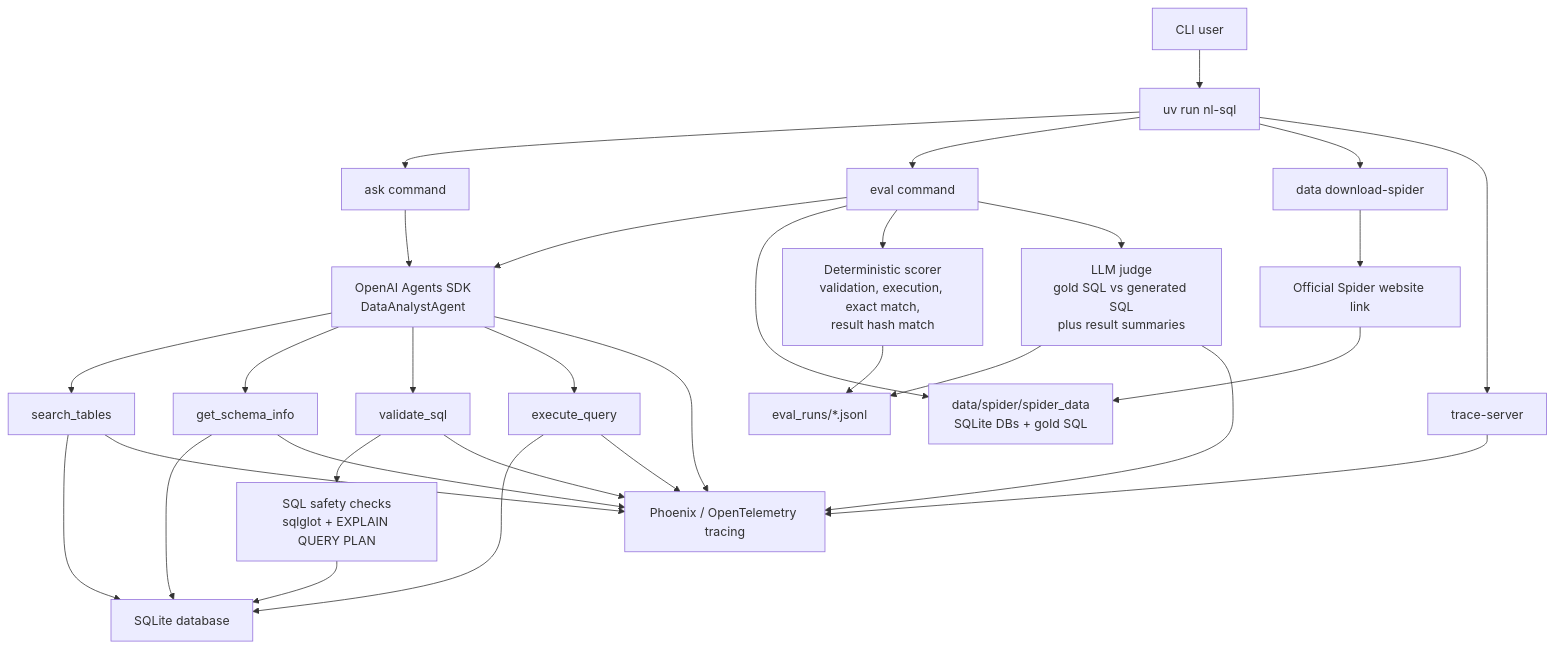
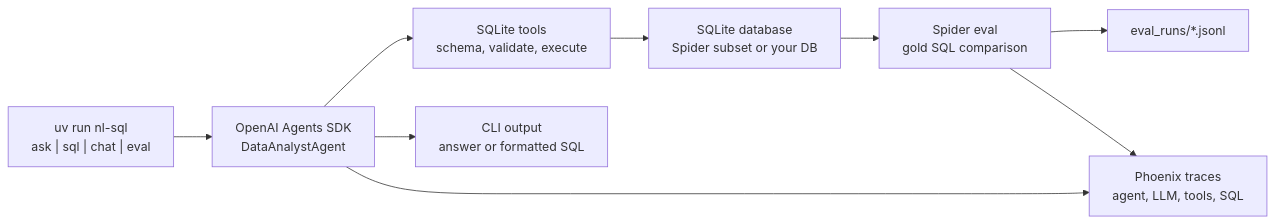
The first of 3 diagrams in README.md (nmadhire-agents/nl-sql-agent), drawn with Mermaid before and after one commit. The commit also changed other lines of this file, not shown here.

Commit message:
Improve README architecture docs

````diff
--- a/README.md
+++ b/README.md
@@ -21,40 +58,11 @@
 ```mermaid
-flowchart TD
-    User["CLI user"] --> CLI["uv run nl-sql"]
-
-    CLI --> Ask["ask command"]
-    CLI --> Eval["eval command"]
-    CLI --> Data["data download-spider"]
-    CLI --> TraceServer["trace-server"]
-
-    Data --> SpiderSite["Official Spider website link"]
-    SpiderSite --> SpiderData["data/spider/spider_data<br/>SQLite DBs + gold SQL"]
-
-    Ask --> Agent["OpenAI Agents SDK<br/>DataAnalystAgent"]
-    Eval --> Agent
-    Eval --> SpiderData
-
-    Agent --> SearchTool["search_tables"]
-    Agent --> SchemaTool["get_schema_info"]
-    Agent --> ValidateTool["validate_sql"]
-    Agent --> ExecuteTool["execute_query"]
-
-    SearchTool --> SQLite["SQLite database"]
-    SchemaTool --> SQLite
-    ValidateTool --> Safety["SQL safety checks<br/>sqlglot + EXPLAIN QUERY PLAN"]
-    Safety --> SQLite
-    ExecuteTool --> SQLite
-
-    Eval --> Score["Deterministic scorer<br/>validation, execution, exact match,<br/>result hash match"]
-    Eval --> Judge["LLM judge<br/>gold SQL vs generated SQL<br/>plus result summaries"]
-    Score --> Artifacts["eval_runs/*.jsonl"]
-    Judge --> Artifacts
-
-    Agent --> Phoenix["Phoenix / OpenTelemetry tracing"]
-    SearchTool --> Phoenix
-    SchemaTool --> Phoenix
-    ValidateTool --> Phoenix
-    ExecuteTool --> Phoenix
-    Judge --> Phoenix
-    TraceServer --> Phoenix
+flowchart LR
+    CLI["uv run nl-sql<br/>ask | sql | chat | eval"] --> Agent["OpenAI Agents SDK<br/>DataAnalystAgent"]
+    Agent --> Tools["SQLite tools<br/>schema, validate, execute"]
+    Tools --> DB["SQLite database<br/>Spider subset or your DB"]
+    Agent --> Output["CLI output<br/>answer or formatted SQL"]
+    Agent --> Trace["Phoenix traces<br/>agent, LLM, tools, SQL"]
+    DB --> Eval["Spider eval<br/>gold SQL comparison"]
+    Eval --> Artifacts["eval_runs/*.jsonl"]
+    Eval --> Trace
 ```
````
